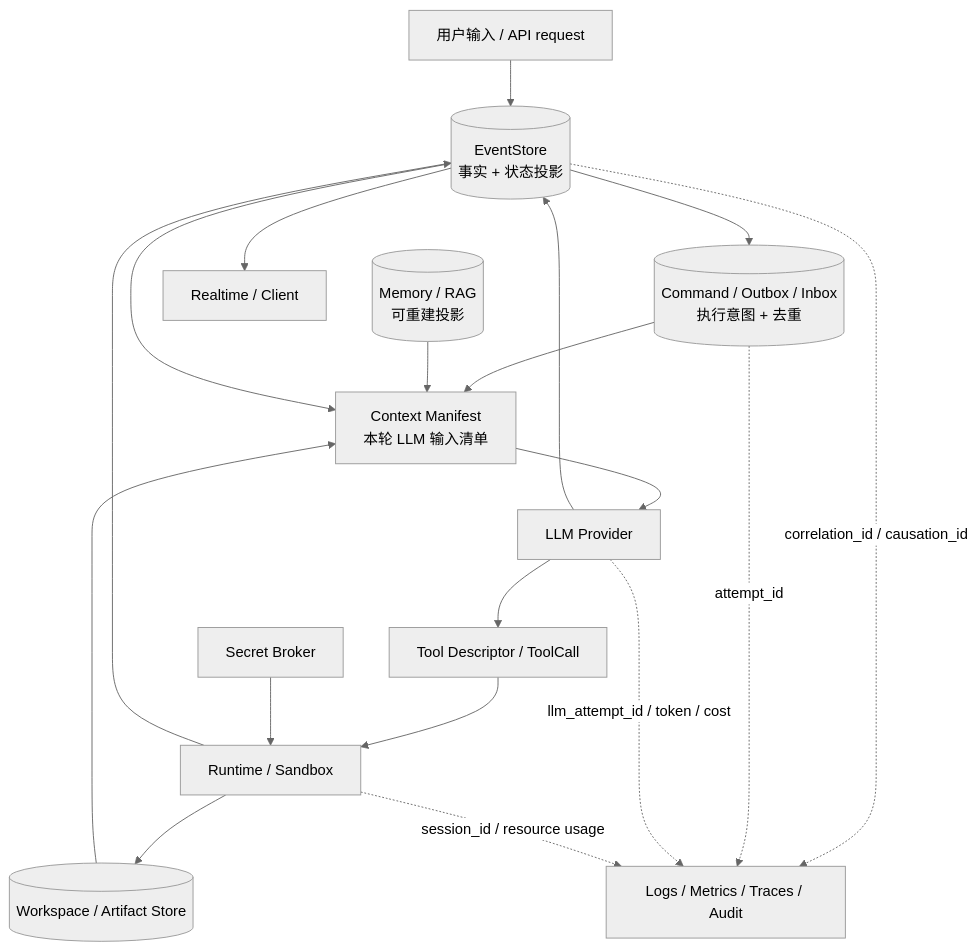
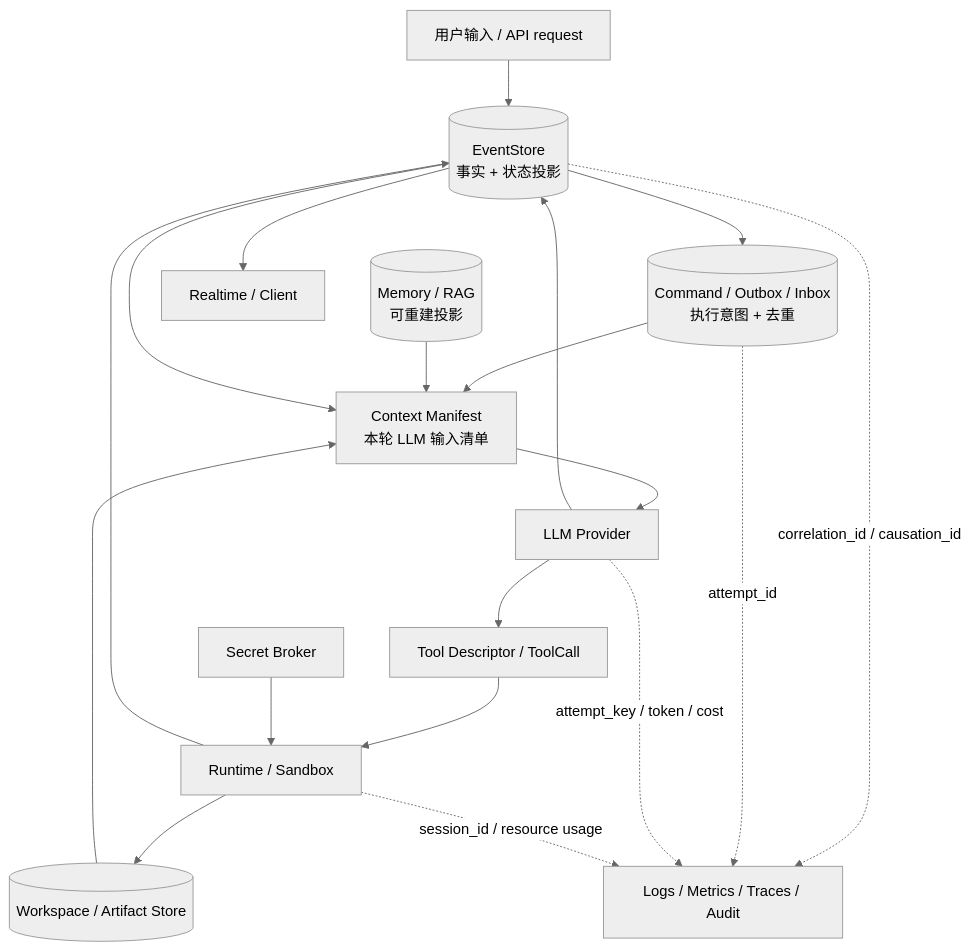
One commit to erweixin/langshift.dev changed the third of 4 diagrams in docs/end-to-end-flow.md. Above: the diagram before and after it, drawn with Mermaid (neutral theme). The commit also changed 14 other files, not shown here.

````diff
--- a/docs/end-to-end-flow.md
+++ b/docs/end-to-end-flow.md
@@ -128,35 +128,35 @@
 ```mermaid
 flowchart TD
   Input["用户输入 / API request"]
   Events[("EventStore<br/>事实 + 状态投影")]
   Commands[("Command / Outbox / Inbox<br/>执行意图 + 去重")]
   Context["Context Manifest<br/>本轮 LLM 输入清单"]
   Memory[("Memory / RAG<br/>可重建投影")]
   LLM["LLM Provider"]
   Tools["Tool Descriptor / ToolCall"]
   Runtime["Runtime / Sandbox"]
   Workspace[("Workspace / Artifact Store")]
   Secrets["Secret Broker"]
   Telemetry["Logs / Metrics / Traces / Audit"]
   Client["Realtime / Client"]
 
   Input --> Events
   Events --> Commands
   Commands --> Context
   Memory --> Context
   Events --> Context
   Workspace --> Context
   Context --> LLM
   LLM --> Tools
   Tools --> Runtime
   Secrets --> Runtime
   Runtime --> Workspace
   Runtime --> Events
   LLM --> Events
   Events --> Client
 
   Events -.->|correlation_id / causation_id| Telemetry
   Commands -.->|attempt_id| Telemetry
-  LLM -.->|llm_attempt_id / token / cost| Telemetry
+  LLM -.->|attempt_key / token / cost| Telemetry
   Runtime -.->|session_id / resource usage| Telemetry
 ```
````
